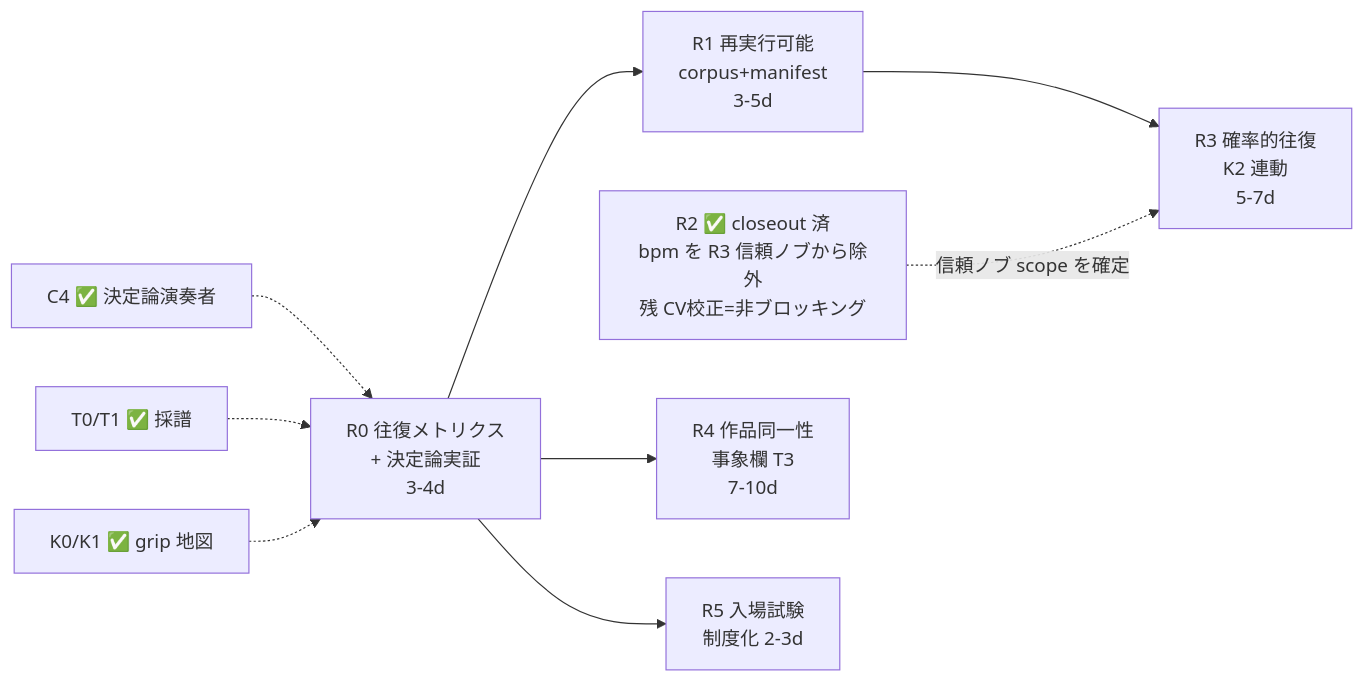
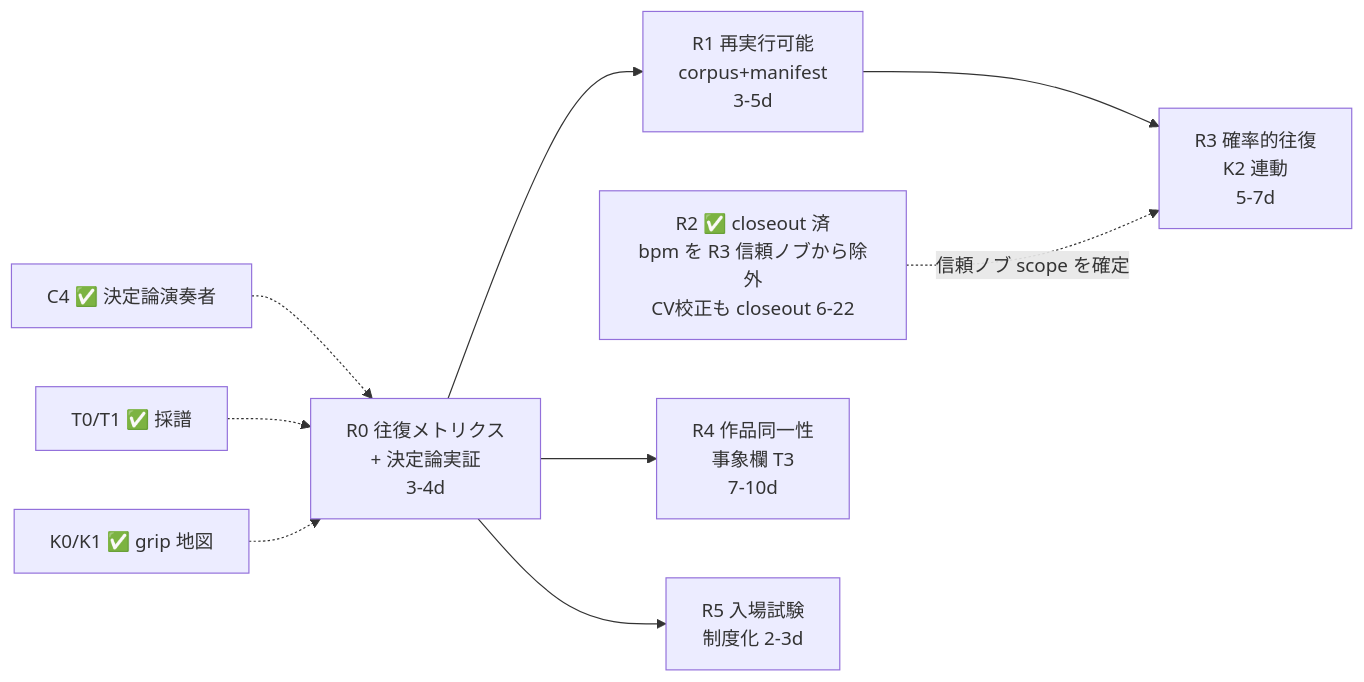
One commit to Yuu6798/ugh-prompt-engine changed the diagram in docs/roadmap_goal2.md. Above: the diagram before and after it, drawn with Mermaid. The commit also changed other lines of this file and 2 other files, not shown here.

First line of the commit message:
docs(R2): BPM_CONFIDENCE_CV_SCALE 実音源校正 closeout（CV_SCALE=5.0 確定）

````diff
--- a/docs/roadmap_goal2.md
+++ b/docs/roadmap_goal2.md
@@ -294,11 +309,11 @@
 ```mermaid
 flowchart LR
     C4[C4 ✅ 決定論演奏者] -.-> R0
     T1[T0/T1 ✅ 採譜] -.-> R0
     K1[K0/K1 ✅ grip 地図] -.-> R0
     R0[R0 往復メトリクス<br/>+ 決定論実証<br/>3-4d] --> R1[R1 再実行可能<br/>corpus+manifest<br/>3-5d]
     R1 --> R3[R3 確率的往復<br/>K2 連動<br/>5-7d]
-    R2[R2 ✅ closeout 済<br/>bpm を R3 信頼ノブから除外<br/>残 CV校正=非ブロッキング] -.->|信頼ノブ scope を確定| R3
+    R2[R2 ✅ closeout 済<br/>bpm を R3 信頼ノブから除外<br/>CV校正も closeout 6-22] -.->|信頼ノブ scope を確定| R3
     R0 --> R4[R4 作品同一性<br/>事象欄 T3<br/>7-10d]
     R0 --> R5[R5 入場試験<br/>制度化 2-3d]
 ```
````
